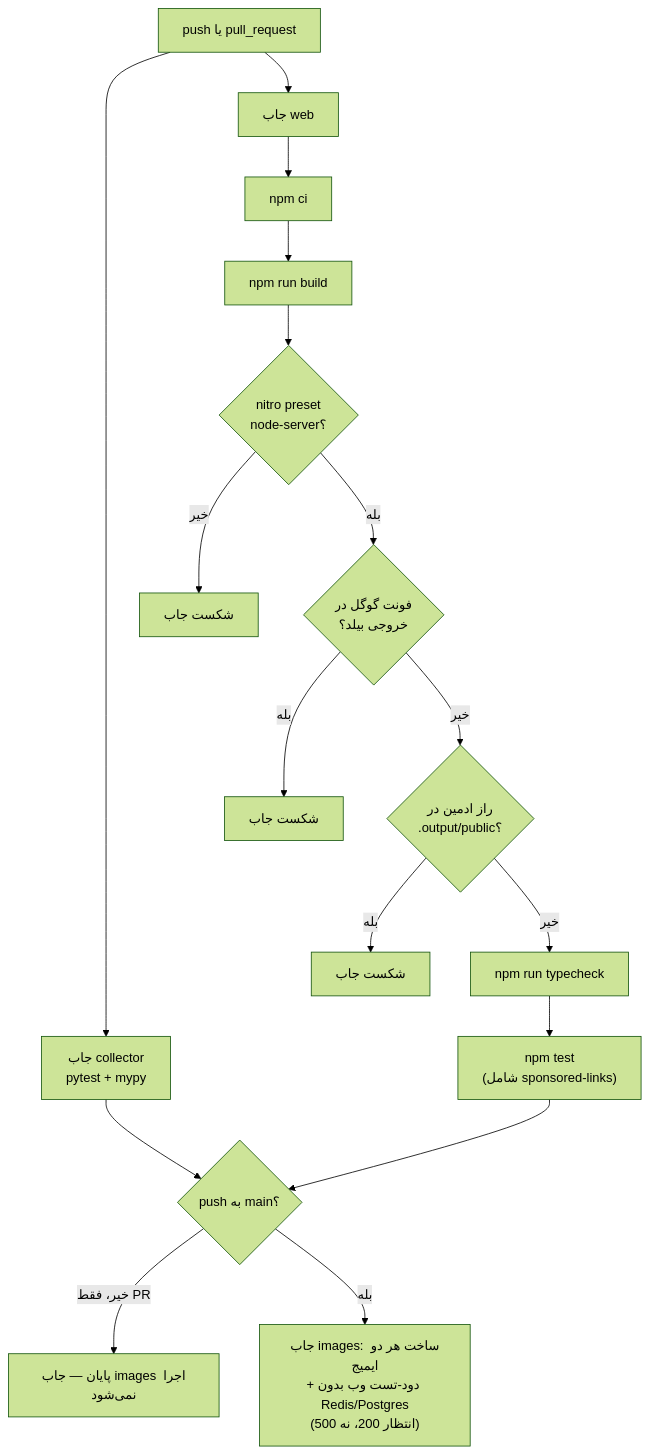
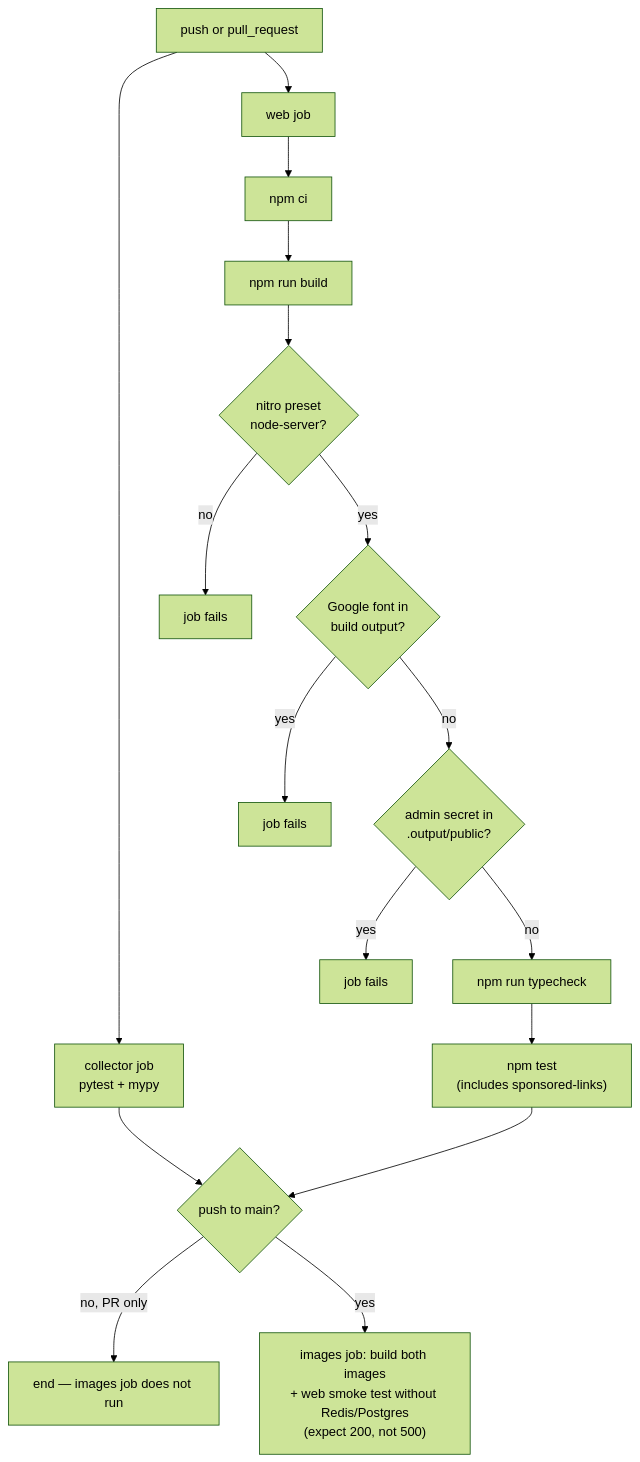
Before and after one commit to smzerehpoush/mazane.online: the diagram in CLAUDE.md, drawn with Mermaid (forest theme). The commit also changed other lines of this file and 175 other files, not shown here.

````diff
--- a/CLAUDE.md
+++ b/CLAUDE.md
@@ -59,19 +65,19 @@
 ```mermaid
 flowchart TD
-    A["push یا pull_request"] --> B["جاب collector\npytest + mypy"]
-    A --> C["جاب web"]
+    A["push or pull_request"] --> B["collector job\npytest + mypy"]
+    A --> C["web job"]
     C --> C1["npm ci"]
     C1 --> C2["npm run build"]
-    C2 --> C3{"nitro preset\nnode-server؟"}
-    C3 -- خیر --> X1["شکست جاب"]
-    C3 -- بله --> C4{"فونت گوگل در\nخروجی بیلد؟"}
-    C4 -- بله --> X2["شکست جاب"]
-    C4 -- خیر --> C5{"راز ادمین در\n.output/public؟"}
-    C5 -- بله --> X3["شکست جاب"]
-    C5 -- خیر --> C6["npm run typecheck"]
-    C6 --> C7["npm test\n(شامل sponsored-links)"]
-    B --> D{"push به main؟"}
+    C2 --> C3{"nitro preset\nnode-server?"}
+    C3 -- no --> X1["job fails"]
+    C3 -- yes --> C4{"Google font in\nbuild output?"}
+    C4 -- yes --> X2["job fails"]
+    C4 -- no --> C5{"admin secret in\n.output/public?"}
+    C5 -- yes --> X3["job fails"]
+    C5 -- no --> C6["npm run typecheck"]
+    C6 --> C7["npm test\n(includes sponsored-links)"]
+    B --> D{"push to main?"}
     C7 --> D
-    D -- خیر، فقط PR --> E["پایان — جاب images اجرا نمی‌شود"]
-    D -- بله --> F["جاب images: ساخت هر دو ایمیج\n+ دود-تست وب بدون Redis/Postgres\n(انتظار 200، نه 500)"]
+    D -- no, PR only --> E["end — images job does not run"]
+    D -- yes --> F["images job: build both images\n+ web smoke test without Redis/Postgres\n(expect 200, not 500)"]
 ```
````
